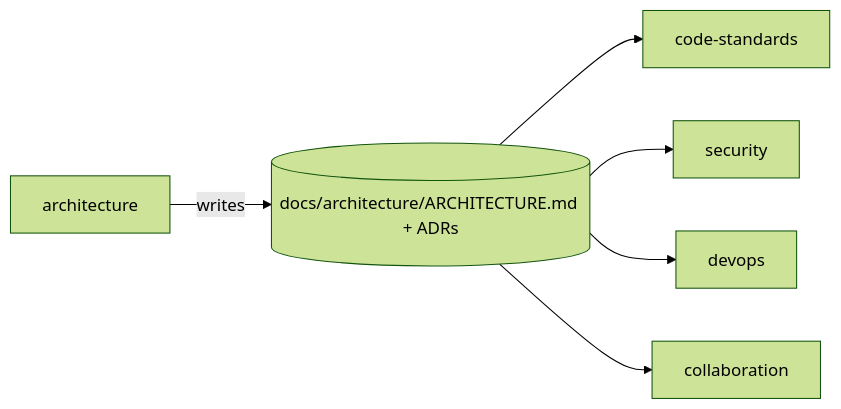
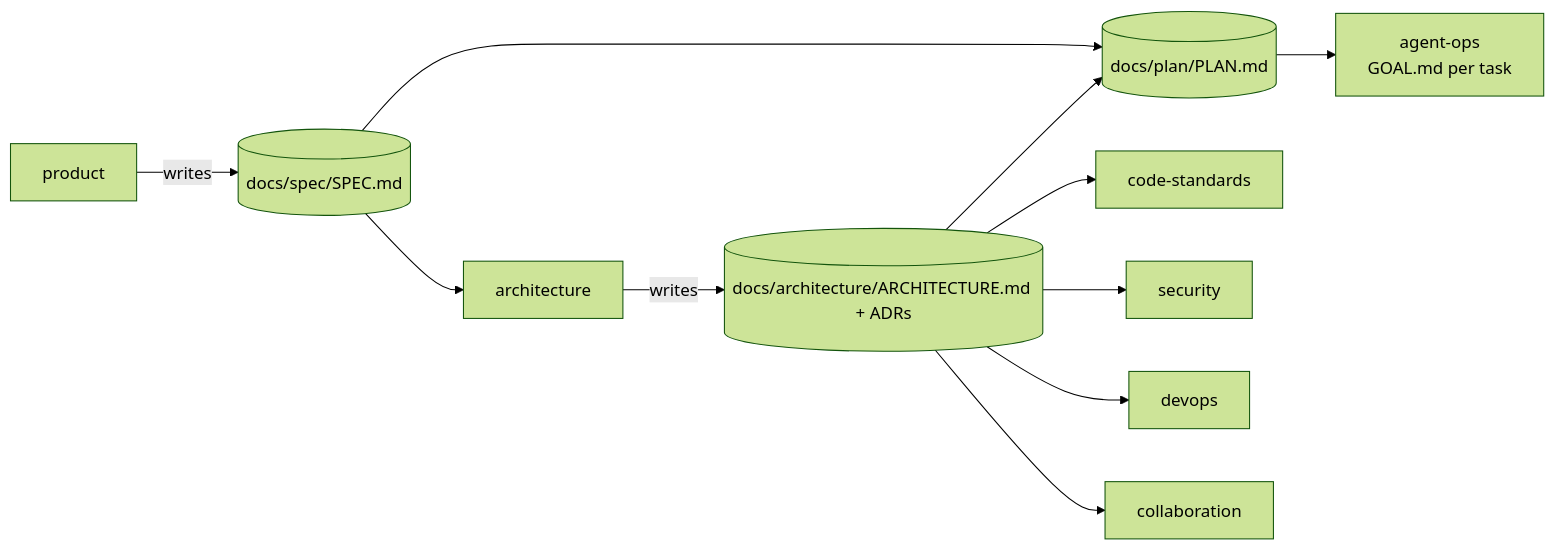
The first of 2 diagrams in README.md (ebuka-odih/agent-skills), drawn with Mermaid (forest theme) before and after one commit. The commit also changed other lines of this file and 50 other files, not shown here.

First line of the commit message:
Add product plugin: spec, plan, next-task with traceability

````diff
--- a/README.md
+++ b/README.md
@@ -39,8 +40,13 @@
 ```mermaid
 flowchart LR
+  P[product] -->|writes| SP[(docs/spec/SPEC.md)]
+  SP --> A
   A[architecture] -->|writes| D[(docs/architecture/ARCHITECTURE.md + ADRs)]
+  SP --> PL[(docs/plan/PLAN.md)]
+  D --> PL
+  PL --> AO[agent-ops<br/>GOAL.md per task]
   D --> C[code-standards]
   D --> S[security]
   D --> O[devops]
   D --> G[collaboration]
 ```
````
